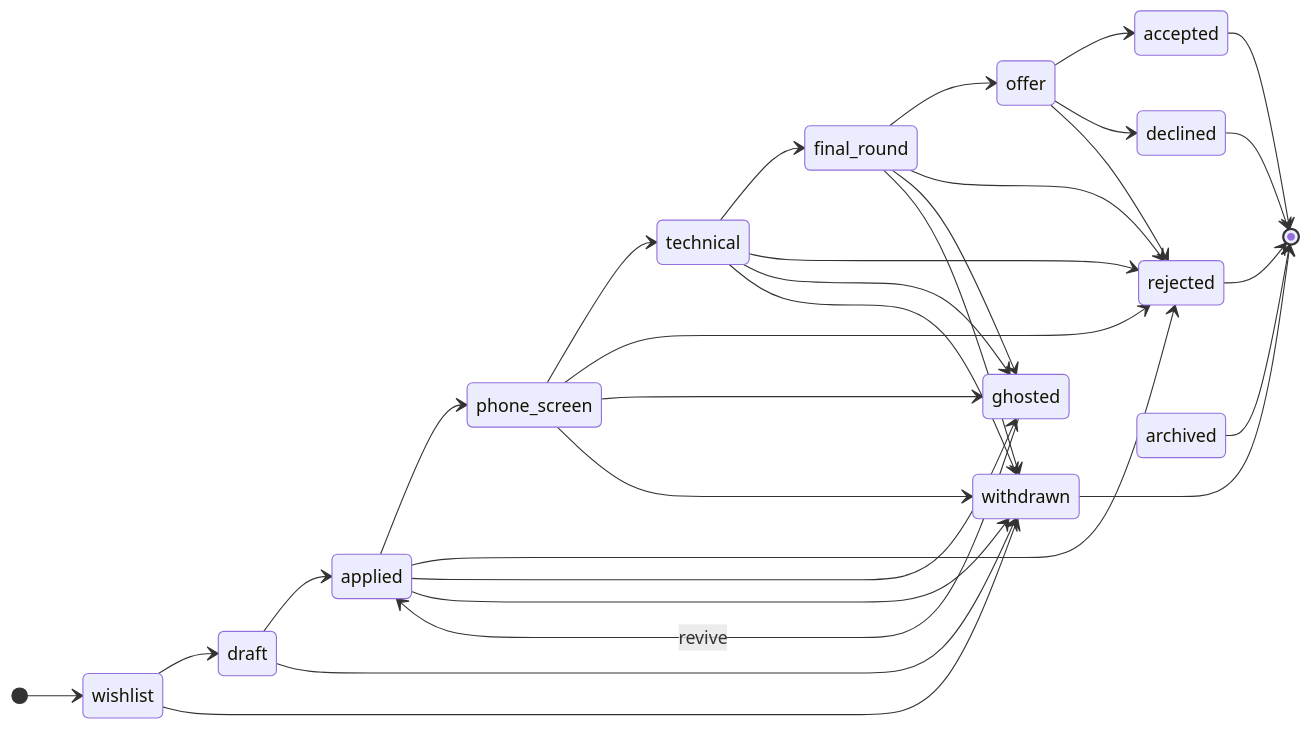
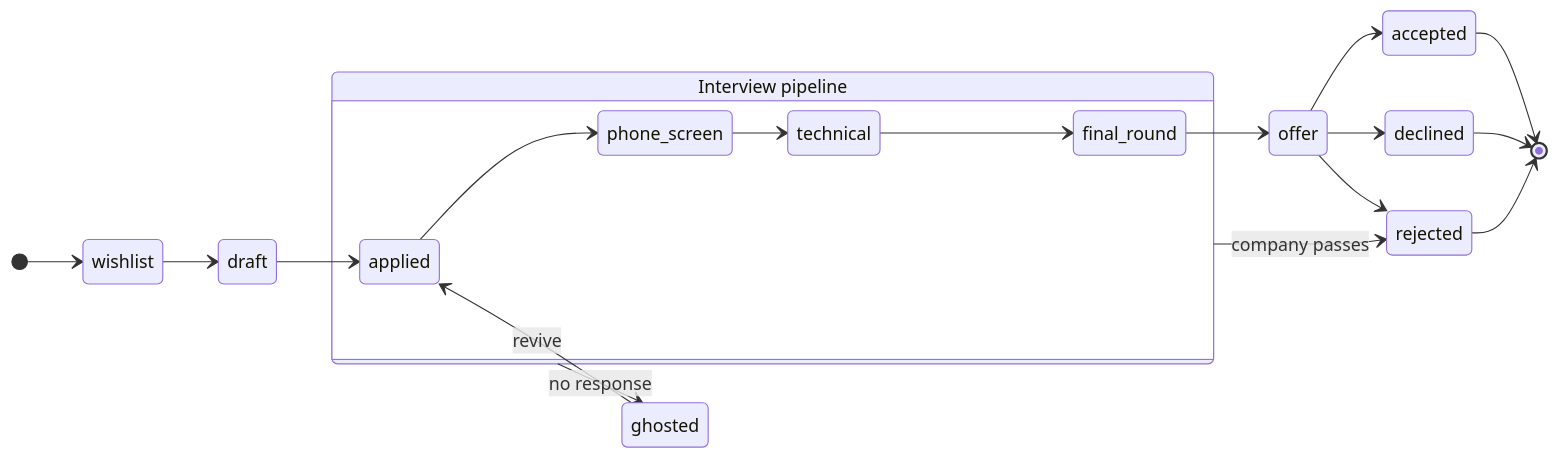
Before and after one commit to chairulakmal/karirkalyan: the diagram in README.md, drawn with Mermaid.

Commit message:
fix(docs): improve mermaid diagram of fsm

````diff
--- a/README.md
+++ b/README.md
@@ -31,39 +31,26 @@
 ```mermaid
 stateDiagram-v2
     direction LR
     [*] --> wishlist
-
     wishlist --> draft
     draft --> applied
-    applied --> phone_screen
-    phone_screen --> technical
-    technical --> final_round
+
+    state "Interview pipeline" as pipeline {
+        direction LR
+        applied --> phone_screen
+        phone_screen --> technical
+        technical --> final_round
+    }
+
     final_round --> offer
     offer --> accepted
     offer --> declined
-
-    applied --> rejected
-    phone_screen --> rejected
-    technical --> rejected
-    final_round --> rejected
     offer --> rejected
-
-    applied --> ghosted
-    phone_screen --> ghosted
-    technical --> ghosted
-    final_round --> ghosted
+    pipeline --> rejected : company passes
+    pipeline --> ghosted : no response
     ghosted --> applied : revive
-
-    wishlist --> withdrawn
-    draft --> withdrawn
-    applied --> withdrawn
-    phone_screen --> withdrawn
-    technical --> withdrawn
-    final_round --> withdrawn
 
     accepted --> [*]
     rejected --> [*]
     declined --> [*]
-    withdrawn --> [*]
-    archived --> [*]
 ```
````
